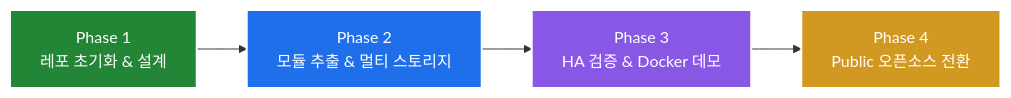
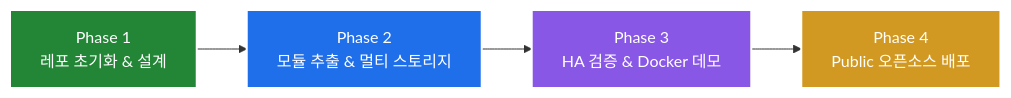
One commit to sweetpark/ha-excel-job-engine changed the diagram in README.md. Above: the diagram before and after it, drawn with Mermaid. The commit also changed other lines of this file, not shown here.

````diff
--- a/README.md
+++ b/README.md
@@ -121,10 +133,10 @@
 ```mermaid
 graph LR
     P1["Phase 1<br/>레포 초기화 & 설계"] --> P2["Phase 2<br/>모듈 추출 & 멀티 스토리지"]
     P2 --> P3["Phase 3<br/>HA 검증 & Docker 데모"]
-    P3 --> P4["Phase 4<br/>Public 오픈소스 전환"]
+    P3 --> P4["Phase 4<br/>Public 오픈소스 배포"]
     style P1 fill:#238636,stroke:#fff,stroke-width:2px,color:#fff
     style P2 fill:#1f6feb,stroke:#fff,stroke-width:2px,color:#fff
     style P3 fill:#8957e5,stroke:#fff,stroke-width:2px,color:#fff
     style P4 fill:#d29922,stroke:#fff,stroke-width:2px,color:#fff
 ```
````
